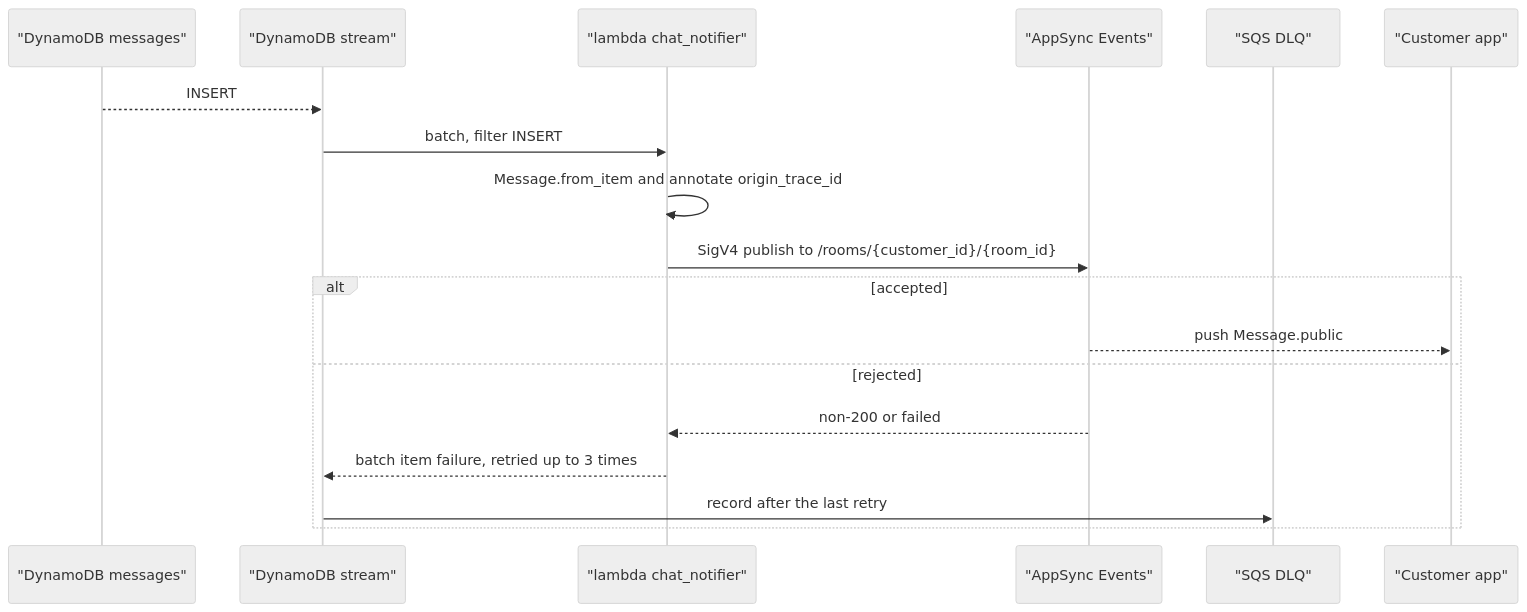
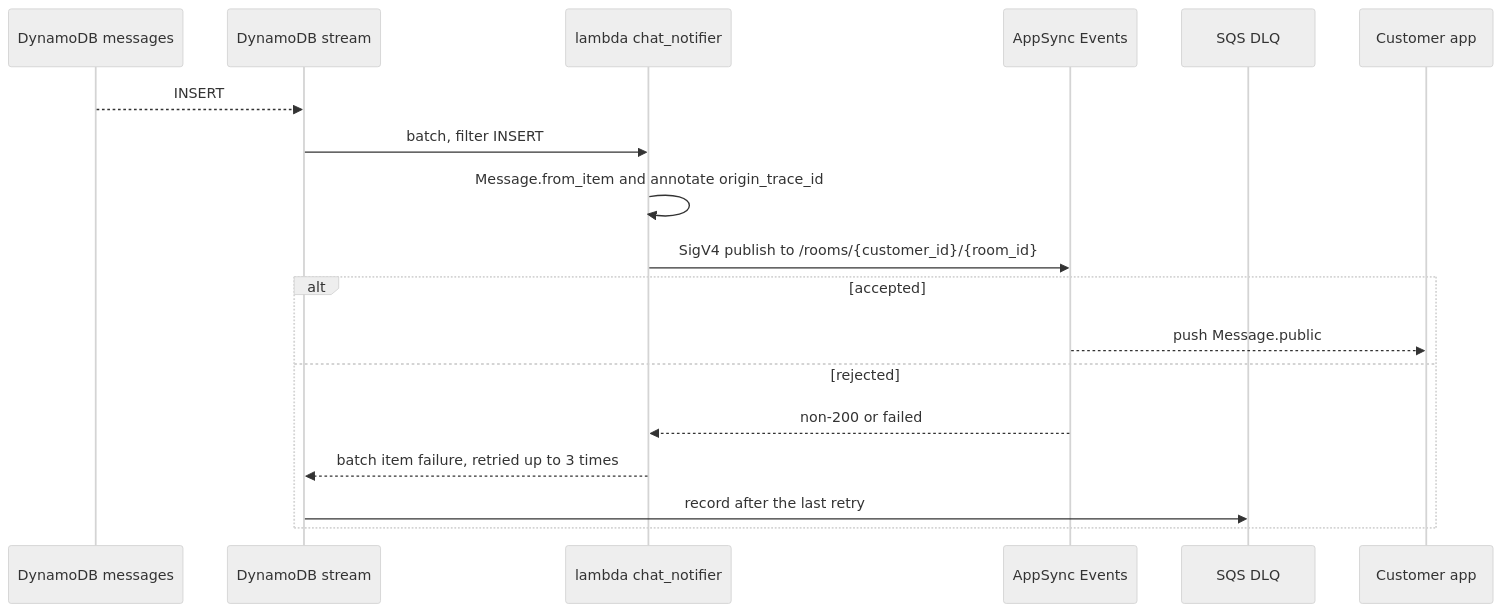
Before and after one commit to Team-ACGS/factored-hackathon-2026-acgs: the fourth of 6 diagrams in docs/modules/messaging/flows.md, drawn with Mermaid (neutral theme). The commit also changed other lines of this file and 6 other files, not shown here.

Commit message:
docs(assistant,cases,data,identity,messaging): reviewer findings on flows and readme, round 2

````diff
--- a/docs/modules/messaging/flows.md
+++ b/docs/modules/messaging/flows.md
@@ -156,21 +156,21 @@
 ```mermaid
 sequenceDiagram
-    participant Msgs as "DynamoDB messages"
-    participant Str as "DynamoDB stream"
-    participant N as "lambda chat_notifier"
-    participant Evt as "AppSync Events"
-    participant DLQ as "SQS DLQ"
-    participant App as "Customer app"
+    participant Msgs as DynamoDB messages
+    participant Str as DynamoDB stream
+    participant N as lambda chat_notifier
+    participant Evt as AppSync Events
+    participant DLQ as SQS DLQ
+    participant App as Customer app
 
     Msgs-->>Str: INSERT
     Str->>N: batch, filter INSERT
     N->>N: Message.from_item and annotate origin_trace_id
     N->>Evt: SigV4 publish to /rooms/{customer_id}/{room_id}
     alt accepted
         Evt-->>App: push Message.public
     else rejected
         Evt-->>N: non-200 or failed
         N-->>Str: batch item failure, retried up to 3 times
         Str->>DLQ: record after the last retry
     end
 ```
````
